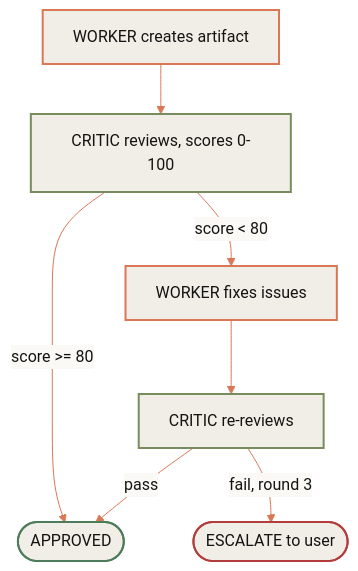
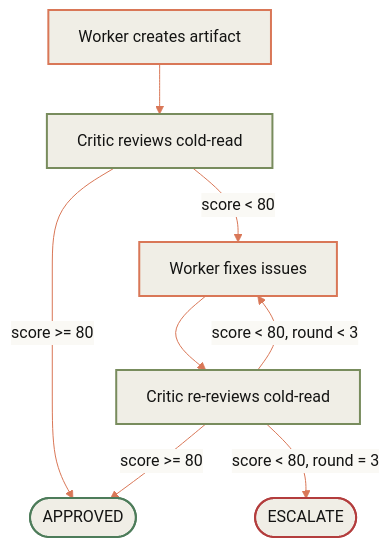
Before and after one commit to patrickjcrawford/cc-research-assistant: the second of 2 diagrams in guide/architecture.qmd, drawn with Mermaid. The commit also changed other lines of this file and 11 other files, not shown here.

````diff
--- a/guide/architecture.qmd
+++ b/guide/architecture.qmd
@@ -97,15 +153,16 @@
 ```{mermaid}
 %%{init: {'theme': 'base', 'themeVariables': {'primaryColor': '#f0eee6', 'primaryTextColor': '#141413', 'primaryBorderColor': '#d1cfc5', 'lineColor': '#d97757', 'secondaryColor': '#faf9f5', 'tertiaryColor': '#e6e3da', 'edgeLabelBackground': '#faf9f5', 'clusterBkg': '#f0eee6', 'clusterBorder': '#d1cfc5'}}}%%
 flowchart TD
-    W[WORKER creates artifact]:::worker --> C[CRITIC reviews, scores 0-100]:::critic
+    W[Worker creates artifact]:::worker --> C[Critic reviews cold-read]:::critic
     C -->|score >= 80| A([APPROVED]):::approved
-    C -->|score < 80| F[WORKER fixes issues]:::worker
-    F --> C2[CRITIC re-reviews]:::critic
-    C2 -->|pass| A
-    C2 -->|fail, round 3| ESC([ESCALATE to user]):::escalate
+    C -->|score < 80| F[Worker fixes issues]:::worker
+    F --> C2[Critic re-reviews cold-read]:::critic
+    C2 -->|score >= 80| A
+    C2 -->|score < 80, round < 3| F
+    C2 -->|score < 80, round = 3| ESC([ESCALATE]):::escalate
 
     classDef worker fill:#f0eee6,stroke:#d97757,color:#141413,stroke-width:2px
     classDef critic fill:#f0eee6,stroke:#788c5d,color:#141413,stroke-width:2px
     classDef approved fill:#f0eee6,stroke:#4d7c5a,color:#141413,stroke-width:2px
     classDef escalate fill:#f0eee6,stroke:#b33d3d,color:#141413,stroke-width:2px
 ```
````
